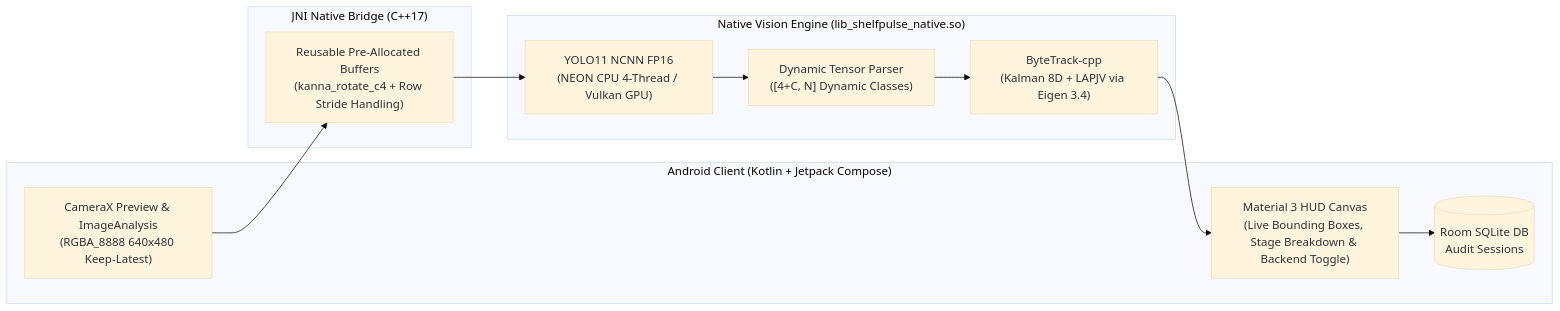
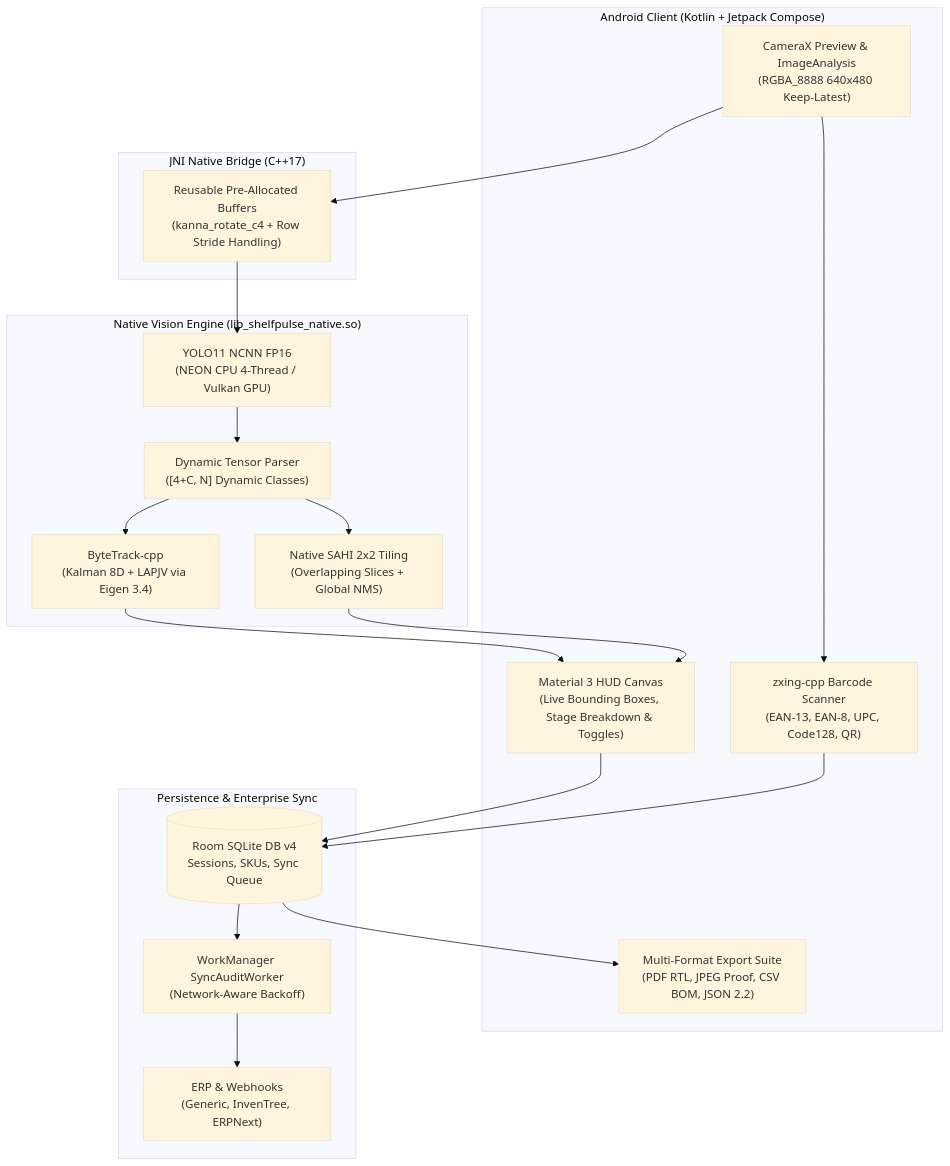
Before and after one commit to tahadeab-ai/shelf-pulse-ai: the second of 2 diagrams in README.md, drawn with Mermaid (base theme). The commit also changed other lines of this file and 22 other files, not shown here.

Commit message:
feat(sync,docs): add pluggable ERP/webhook connectors, WorkManager offline queue & model card (v2.2.0)

````diff
--- a/README.md
+++ b/README.md
@@ -119,25 +198,40 @@
 ```mermaid
-flowchart LR
+flowchart TD
     subgraph Capture ["Android Client (Kotlin + Jetpack Compose)"]
         Cam["CameraX Preview & ImageAnalysis<br/>(RGBA_8888 640x480 Keep-Latest)"]
-        HUD["Material 3 HUD Canvas<br/>(Live Bounding Boxes, Stage Breakdown & Backend Toggle)"]
-        DB[("Room SQLite DB<br/>Audit Sessions")]
+        Scanner["zxing-cpp Barcode Scanner<br/>(EAN-13, EAN-8, UPC, Code128, QR)"]
+        HUD["Material 3 HUD Canvas<br/>(Live Bounding Boxes, Stage Breakdown & Toggles)"]
+        Export["Multi-Format Export Suite<br/>(PDF RTL, JPEG Proof, CSV BOM, JSON 2.2)"]
     end
 
     subgraph NativeBridge ["JNI Native Bridge (C++17)"]
         DirectBuf["Reusable Pre-Allocated Buffers<br/>(kanna_rotate_c4 + Row Stride Handling)"]
     end
 
     subgraph VisionEngine ["Native Vision Engine (lib_shelfpulse_native.so)"]
         Yolo["YOLO11 NCNN FP16<br/>(NEON CPU 4-Thread / Vulkan GPU)"]
         Parser["Dynamic Tensor Parser<br/>([4+C, N] Dynamic Classes)"]
         Tracker["ByteTrack-cpp<br/>(Kalman 8D + LAPJV via Eigen 3.4)"]
+        SAHI["Native SAHI 2x2 Tiling<br/>(Overlapping Slices + Global NMS)"]
+    end
+
+    subgraph DataSync ["Persistence & Enterprise Sync"]
+        DB[("Room SQLite DB v4<br/>Sessions, SKUs, Sync Queue")]
+        SyncMgr["WorkManager SyncAuditWorker<br/>(Network-Aware Backoff)"]
+        ERP["ERP & Webhooks<br/>(Generic, InvenTree, ERPNext)"]
     end
 
     Cam --> DirectBuf
+    Cam --> Scanner
     DirectBuf --> Yolo
     Yolo --> Parser
     Parser --> Tracker
+    Parser --> SAHI
     Tracker --> HUD
+    SAHI --> HUD
     HUD --> DB
+    Scanner --> DB
+    DB --> Export
+    DB --> SyncMgr
+    SyncMgr --> ERP
 ```
````
